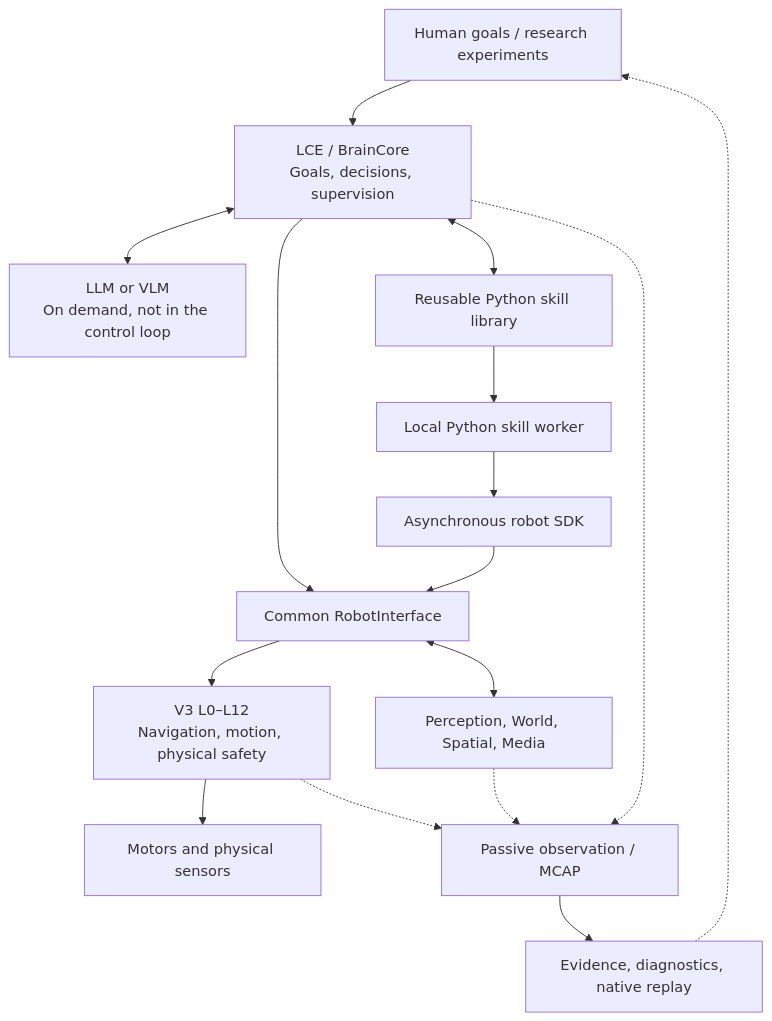
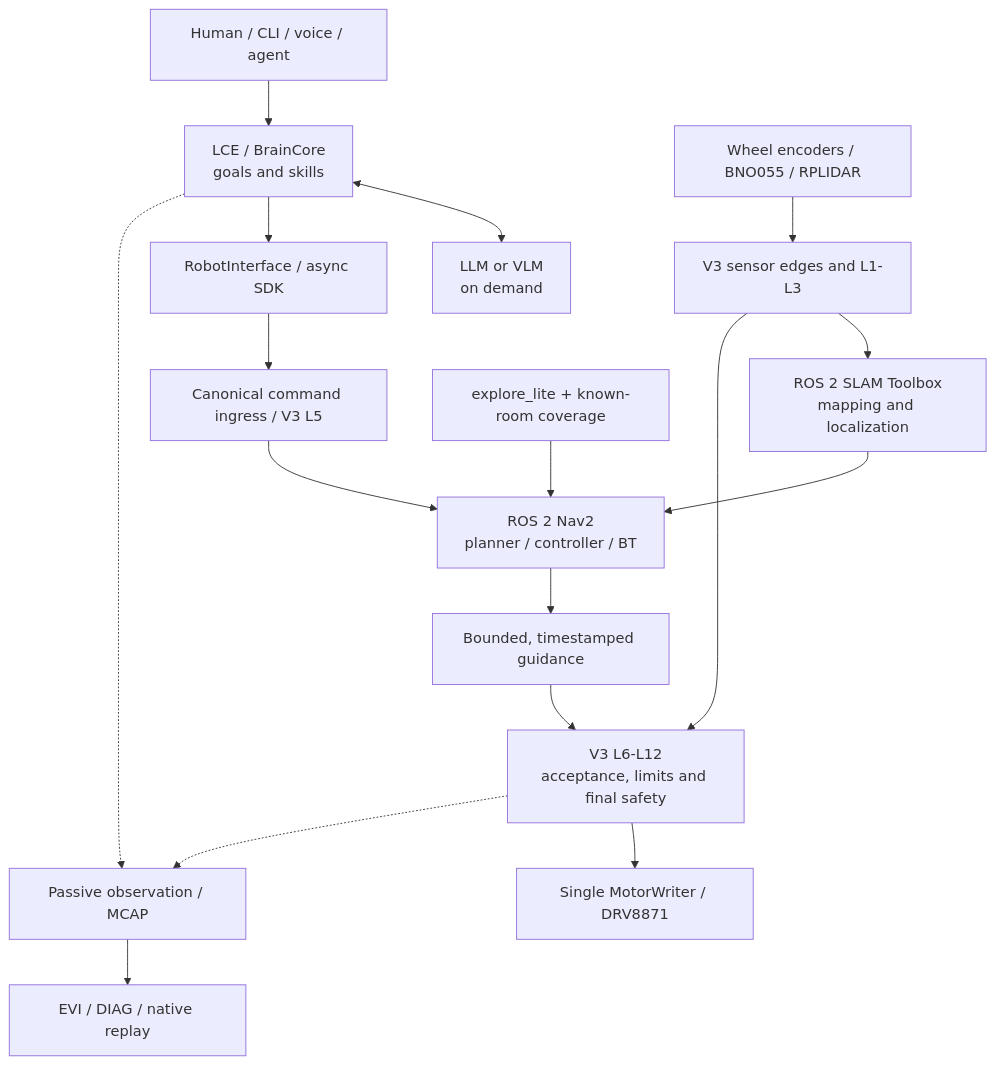
Before and after one commit to Francigofree/r2b4: the diagram in README.md, drawn with Mermaid. The commit also changed other lines of this file and 35 other files, not shown here.

````diff
--- a/README.md
+++ b/README.md
@@ -41,18 +26,19 @@
 ```mermaid
 flowchart TD
-    H[Human goals / research experiments] --> L[LCE / BrainCore<br/>Goals, decisions, supervision]
-    L <--> A[LLM or VLM<br/>On demand, not in the control loop]
-    L <--> K[Reusable Python skill library]
-    K --> W[Local Python skill worker]
-    L --> I[Common RobotInterface]
-    W --> S[Asynchronous robot SDK]
-    S --> I
-    I --> V[V3 L0–L12<br/>Navigation, motion, physical safety]
-    I <--> P[Perception, World, Spatial, Media]
-    V --> O[Motors and physical sensors]
-    V -.-> E[Passive observation / MCAP]
-    P -.-> E
-    L -.-> E
-    E --> R[Evidence, diagnostics, native replay]
-    R -.-> H
+    H[Human / CLI / voice / agent] --> B[LCE / BrainCore<br/>goals and skills]
+    B <--> M[LLM or VLM<br/>on demand]
+    B --> I[RobotInterface / async SDK]
+    I --> C[Canonical command ingress / V3 L5]
+    S[Wheel encoders / BNO055 / RPLIDAR] --> E[V3 sensor edges and L1-L3]
+    E --> SL[ROS 2 SLAM Toolbox<br/>mapping and localization]
+    SL --> N[ROS 2 Nav2<br/>planner / controller / BT]
+    F[explore_lite + known-room coverage] --> N
+    C --> N
+    N --> G[Bounded, timestamped guidance]
+    G --> V[V3 L6-L12<br/>acceptance, limits and final safety]
+    E --> V
+    V --> W[Single MotorWriter / DRV8871]
+    V -.-> O[Passive observation / MCAP]
+    B -.-> O
+    O --> D[EVI / DIAG / native replay]
 ```
````
